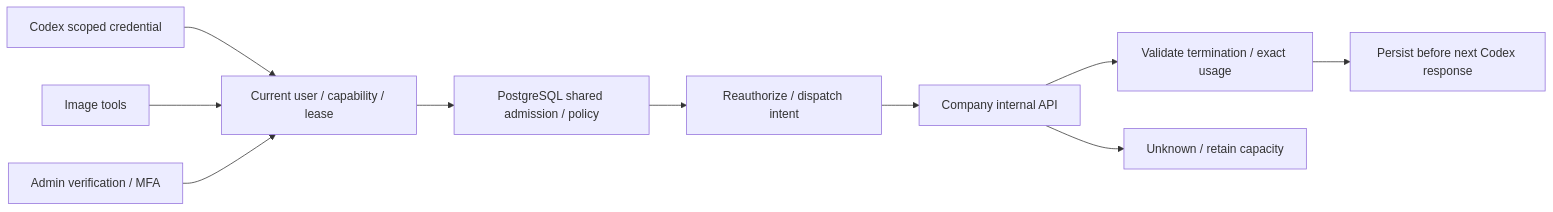
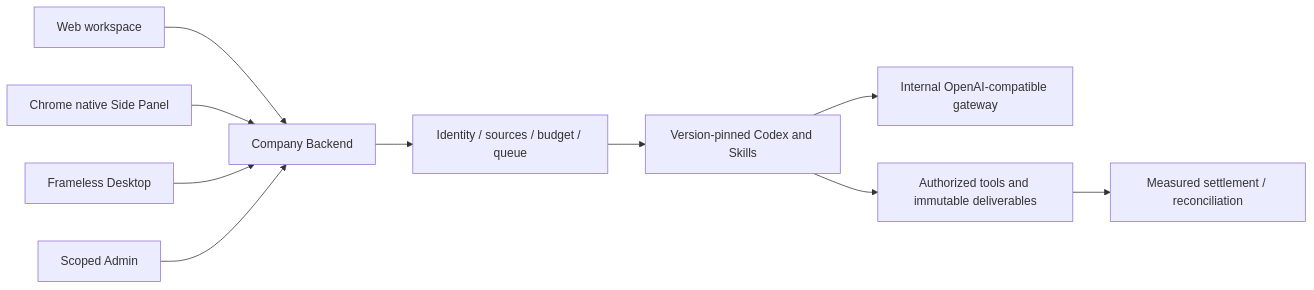
Before and after one commit to copypasteltd/workmate: the diagram in README.en.md, drawn with Mermaid. The commit also changed other lines of this file and 5 other files, not shown here.

````diff
--- a/README.en.md
+++ b/README.en.md
@@ -311,12 +13,12 @@
 ```mermaid
 flowchart LR
-  Codex[Codex scoped credential] --> Current[Current user / capability / lease]
-  Media[Image tools] --> Current
-  Admin[Admin verification / MFA] --> Current
-  Current --> Admit[PostgreSQL shared admission / policy]
-  Admit --> Dispatch[Reauthorize / dispatch intent]
-  Dispatch --> Internal[Company internal API]
-  Internal --> Facts[Validate termination / exact usage]
-  Internal --> Unknown[Unknown / retain capacity]
-  Facts --> Handoff[Persist before next Codex response]
+  Web[Web workspace] --> API[Company Backend]
+  Side[Chrome native Side Panel] --> API
+  Desktop[Frameless Desktop] --> API
+  Admin[Scoped Admin] --> API
+  API --> Guard[Identity / sources / budget / queue]
+  Guard --> Codex[Version-pinned Codex and Skills]
+  Codex --> Gateway[Internal OpenAI-compatible gateway]
+  Codex --> Tools[Authorized tools and immutable deliverables]
+  Tools --> Ledger[Measured settlement / reconciliation]
 ```
````
